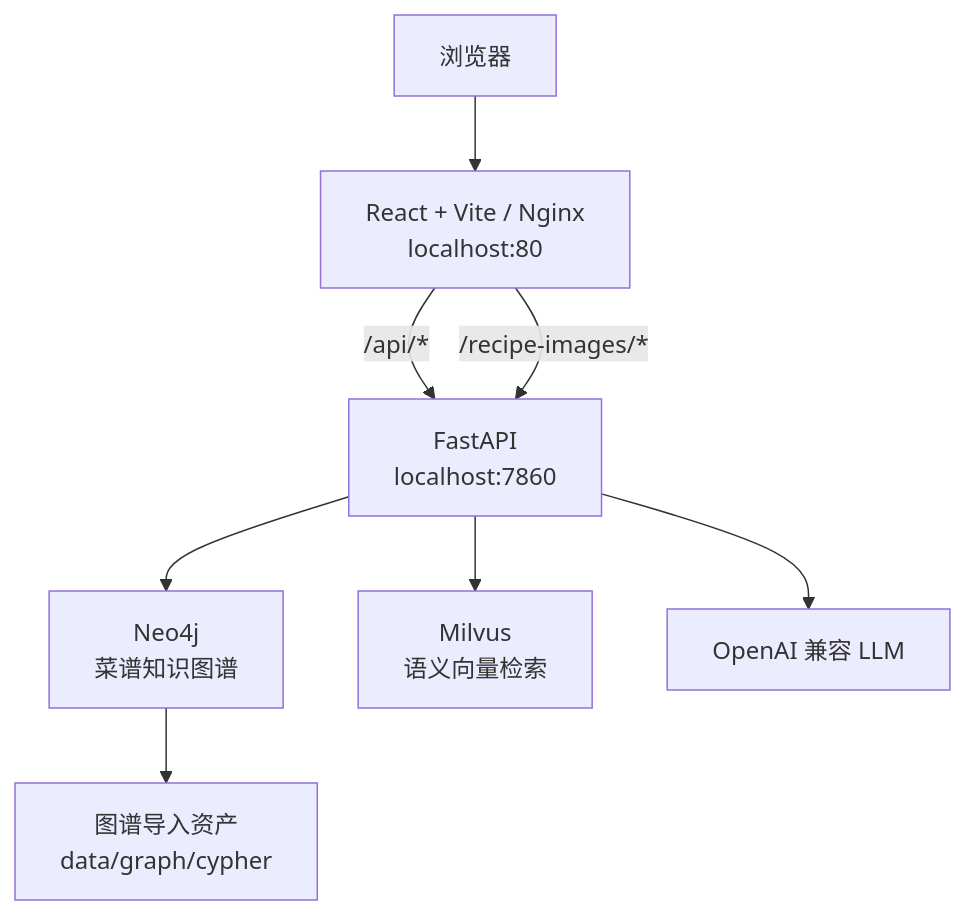
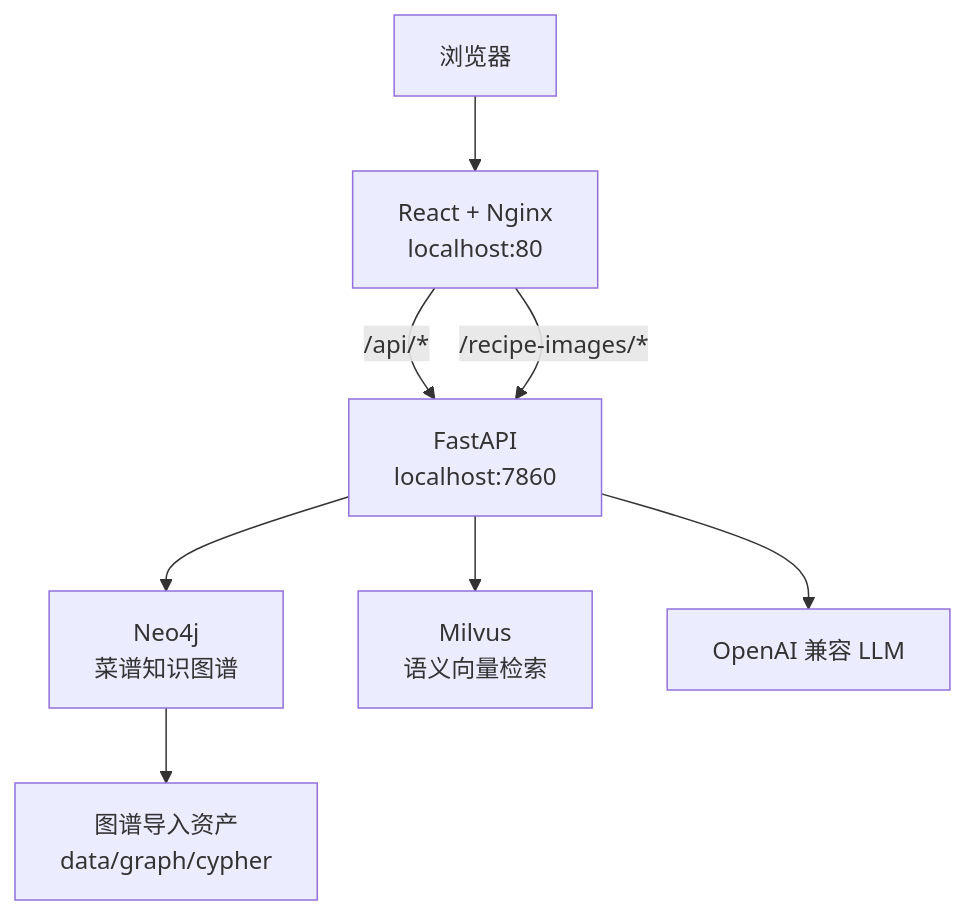
One commit to Initial512/zhiwei-recipe-rag changed the diagram in README.md. Above: the diagram before and after it, drawn with Mermaid. The commit also changed other lines of this file and 1 other file, not shown here.

```diff
--- a/README.md
+++ b/README.md
@@ -70,10 +57,10 @@
 ~~~mermaid
 flowchart TD
-    browser["浏览器"] --> frontend["React + Vite / Nginx<br/>localhost:80"]
+    browser["浏览器"] --> frontend["React + Nginx<br/>localhost:80"]
     frontend -->|"/api/*"| backend["FastAPI<br/>localhost:7860"]
     frontend -->|"/recipe-images/*"| backend
     backend --> neo4jStore["Neo4j<br/>菜谱知识图谱"]
     backend --> milvusStore["Milvus<br/>语义向量检索"]
     backend --> llmService["OpenAI 兼容 LLM"]
     neo4jStore --> graphAssets["图谱导入资产<br/>data/graph/cypher"]
 ~~~
```
